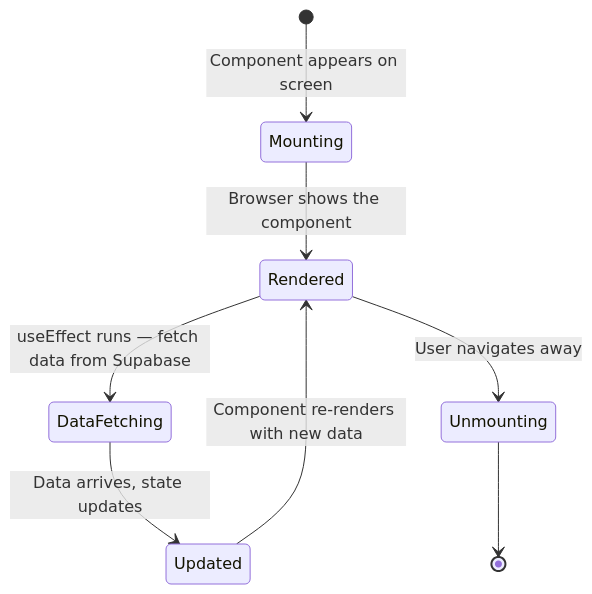
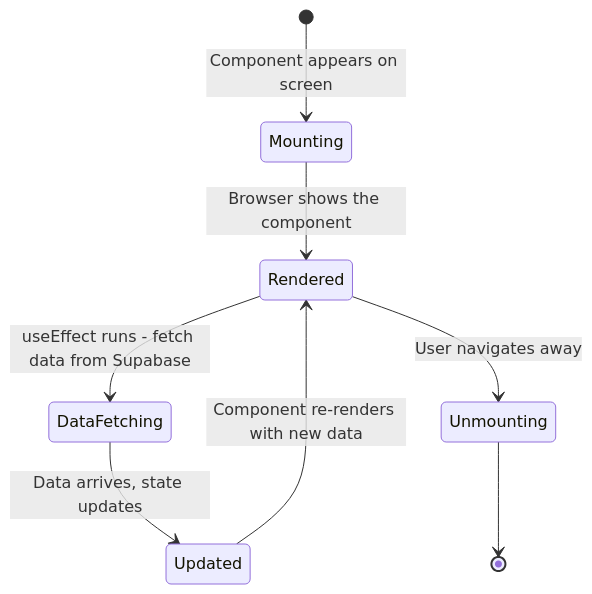
One commit to wongjinar-ai/expample changed the fourth of 5 diagrams in learning/01-frontend.md. Above: the diagram before and after it, drawn with Mermaid. The commit also changed other lines of this file and 24 other files, not shown here.

````diff
--- a/learning/01-frontend.md
+++ b/learning/01-frontend.md
@@ -122,10 +122,10 @@
 ```mermaid
 stateDiagram-v2
     [*] --> Mounting: Component appears on screen
     Mounting --> Rendered: Browser shows the component
-    Rendered --> DataFetching: useEffect runs — fetch data from Supabase
+    Rendered --> DataFetching: useEffect runs - fetch data from Supabase
     DataFetching --> Updated: Data arrives, state updates
     Updated --> Rendered: Component re-renders with new data
     Rendered --> Unmounting: User navigates away
     Unmounting --> [*]
 ```
````
